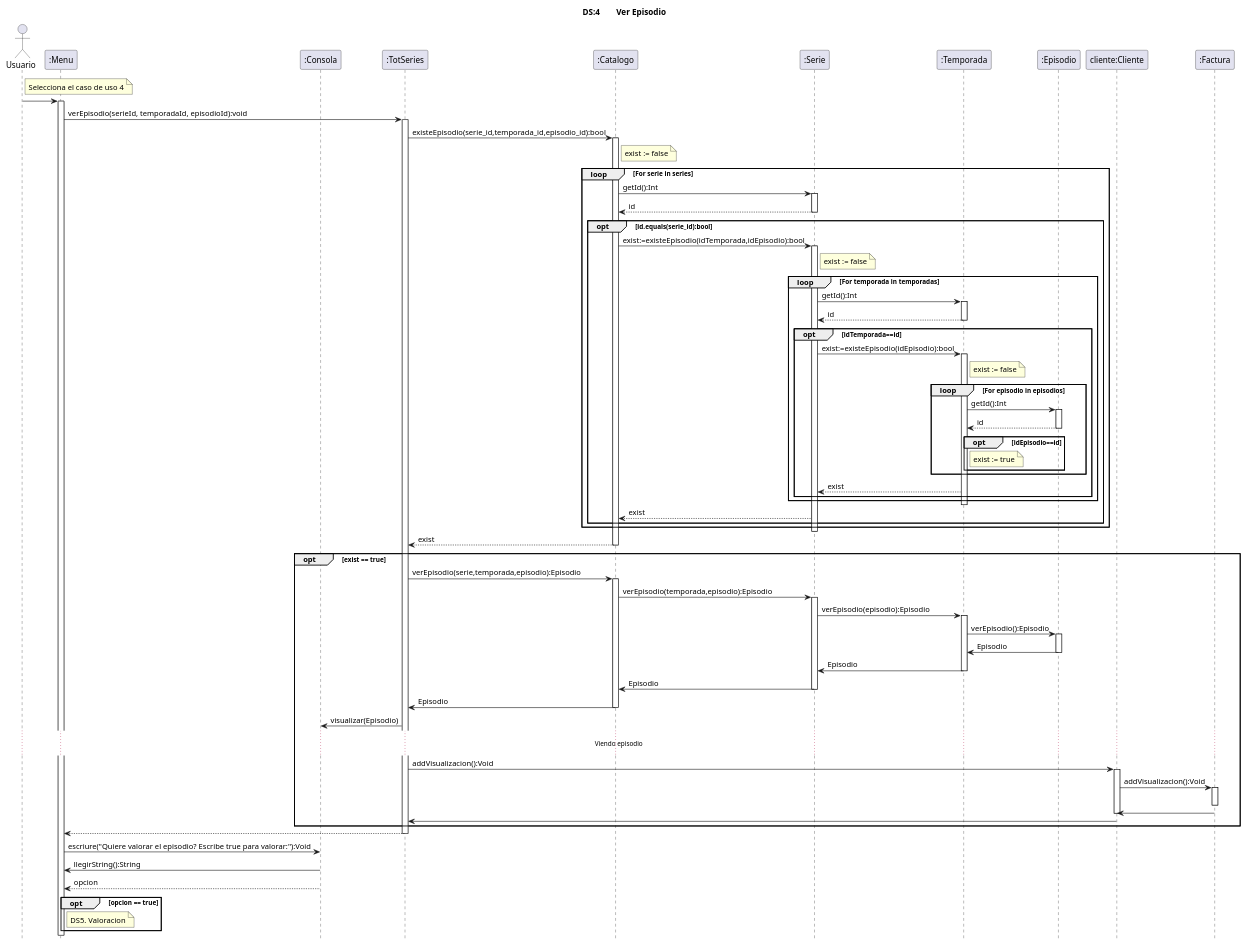
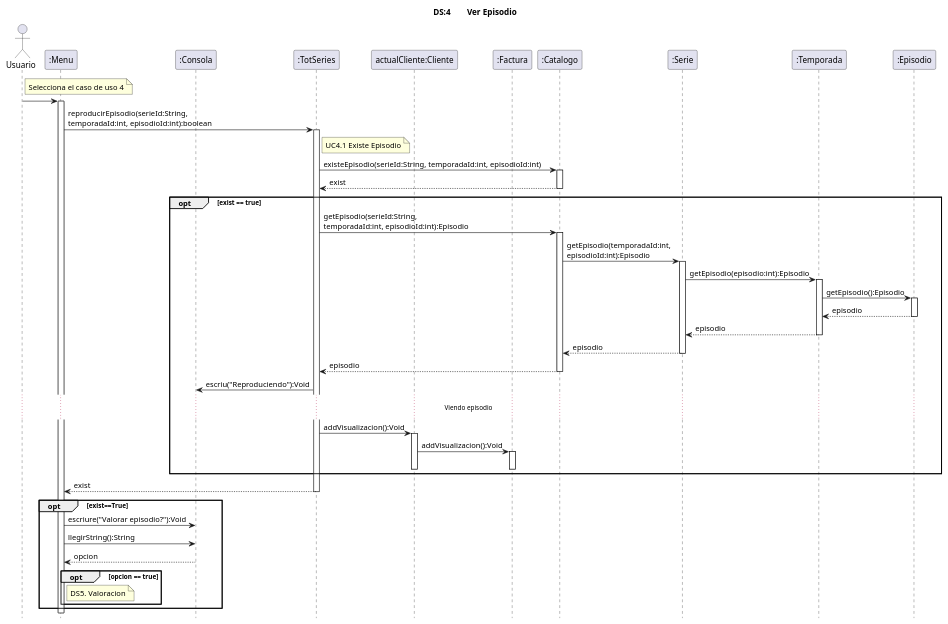
The diagram in src/totseries/Uml/Secuencia/Diagrama de Secuencia Uc4.puml (MrViciao/TotSeries), drawn with PlantUML before and after one commit. The commit also changed 9 other files, not shown here.

Commit message:
Actualizado diagramas

```diff
--- a/src/totseries/Uml/Secuencia/Diagrama de Secuencia Uc4.puml
+++ b/src/totseries/Uml/Secuencia/Diagrama de Secuencia Uc4.puml
@@ -2,126 +2,75 @@
 @startuml
 title	DS:4	Ver Episodio
 hide	footbox
 
 actor	Usuario
 participant ":Menu" as Menu
 participant ":Consola" as Consola
 participant ":TotSeries" as TotSeries
+participant "actualCliente:Cliente" as cliente
+participant ":Factura" as factura
 participant ":Catalogo" as Catalogo
 participant ":Serie" as Serie
 participant ":Temporada" as Temporada
 participant ":Episodio" as Episodio
-participant "cliente:Cliente" as cliente
-participant ":Factura" as factura
+
 
 
 note right Usuario
             Selecciona el caso de uso 4
         end note
 Usuario -> Menu
 activate Menu
-Menu -> TotSeries:verEpisodio(serieId, temporadaId, episodioId):void
+Menu -> TotSeries:reproducirEpisodio(serieId:String, \ntemporadaId:int, episodioId:int):boolean
 activate TotSeries
-TotSeries -> Catalogo:existeEpisodio(serie_id,temporada_id,episodio_id):bool
 
-
-activate Catalogo 
-note right Catalogo
-        exist := false
-    end note
-loop For serie in series
-
-    Catalogo -> Serie:getId():Int
-    activate Serie
-    Serie --> Catalogo:id
-    deactivate Serie
-
-
-    opt id.equals(serie_id):bool
-    Catalogo -> Serie:exist:=existeEpisodio(idTemporada,idEpisodio):bool
-    activate Serie
-    note right Serie
-        exist := false
-    end note
-    
-    loop For temporada in temporadas
-        Serie -> Temporada:getId():Int
-        activate Temporada
-        Temporada --> Serie:id
-        deactivate Temporada
-
-        opt idTemporada==id
-        Serie -> Temporada:exist:=existeEpisodio(idEpisodio):bool
-        activate Temporada
-        note right Temporada
-            exist := false
+note right TotSeries
+            UC4.1 Existe Episodio
         end note
 
-        loop For episodio in episodios
-            Temporada -> Episodio:getId():Int
-            activate Episodio
-            Episodio --> Temporada:id
-            deactivate Episodio
-
-
-            opt idEpisodio==id
-                note right Temporada
-                    exist := true
-                end note
-            end opt
-        end loop
-        Temporada --> Serie:exist
-        end opt
-    end loop
-    deactivate Temporada
-    Serie --> Catalogo:exist
-    end opt
-end loop
-
-deactivate Serie
+TotSeries -> Catalogo: existeEpisodio(serieId:String, temporadaId:int, episodioId:int)
+activate Catalogo
 Catalogo --> TotSeries:exist
 deactivate Catalogo
 '
 opt exist == true
-    TotSeries -> Catalogo:verEpisodio(serie,temporada,episodio):Episodio
+    TotSeries -> Catalogo:getEpisodio(serieId:String, \ntemporadaId:int, episodioId:int):Episodio
     activate Catalogo
-    Catalogo -> Serie:verEpisodio(temporada,episodio):Episodio
+    Catalogo -> Serie:getEpisodio(temporadaId:int, \nepisodioId:int):Episodio
     activate Serie
-    Serie -> Temporada:verEpisodio(episodio):Episodio
+    Serie -> Temporada:getEpisodio(episodio:int):Episodio
     activate Temporada
-    Temporada->Episodio:verEpisodio():Episodio
+    Temporada->Episodio:getEpisodio():Episodio
     activate Episodio
-    Episodio->Temporada:Episodio
+    Episodio-->Temporada:episodio
     deactivate Episodio
-    Temporada->Serie:Episodio
+    Temporada-->Serie:episodio
     deactivate Temporada
-    Serie -> Catalogo:Episodio
+    Serie --> Catalogo:episodio
     deactivate Serie
-    Catalogo -> TotSeries:Episodio
+    Catalogo --> TotSeries:episodio
     deactivate Catalogo
-    TotSeries -> Consola : visualizar(Episodio)
+    TotSeries -> Consola : escriu("Reproduciendo"):Void
     ... Viendo episodio ...
     TotSeries->cliente:addVisualizacion():Void
     activate cliente
     cliente->factura:addVisualizacion():Void
     activate factura
     deactivate factura
-    factura->cliente
     deactivate cliente
-    cliente->TotSeries
 end opt
-    TotSeries --> Menu
+    TotSeries --> Menu : exist
     deactivate TotSeries
-    
-    Menu->Consola:escriure("Quiere valorar el episodio? Escribe true para valorar:"):Void
-    Consola -> Menu:llegirString():String
-    Consola --> Menu:opcion
+    opt exist==True
+        Menu->Consola:escriure("Valorar episodio?"):Void
+        Menu -> Consola:llegirString():String
+        Consola --> Menu:opcion
 
-    opt opcion == true
-        note right Menu
-        DS5. Valoracion
-        end note
+        opt opcion == true
+            note right Menu
+            DS5. Valoracion
+            end note
+         end opt
      end opt
-
 deactivate TotSeries
 @enduml
```
